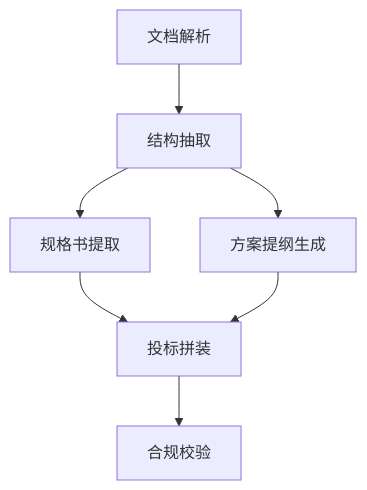
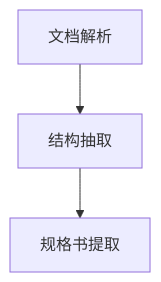
Before and after one commit to idadawn/project-agent: the diagram in README.md, drawn with Mermaid. The commit also changed other lines of this file and 8 other files, not shown here.

````diff
--- a/README.md
+++ b/README.md
@@ -126,9 +127,5 @@
 ```mermaid
 graph TD
     A[文档解析] --> B[结构抽取]
     B --> C[规格书提取]
-    B --> D[方案提纲生成]
-    C --> E[投标拼装]
-    D --> E
-    E --> F[合规校验]
 ```
````
